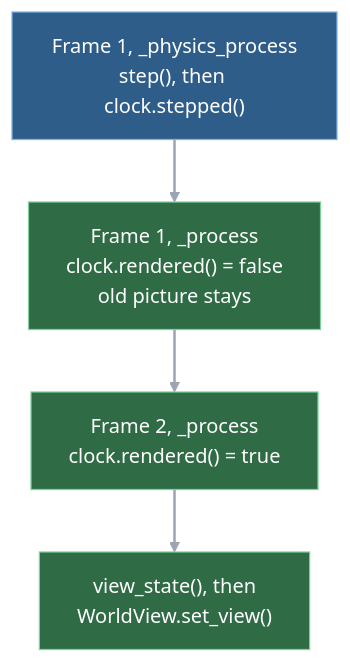
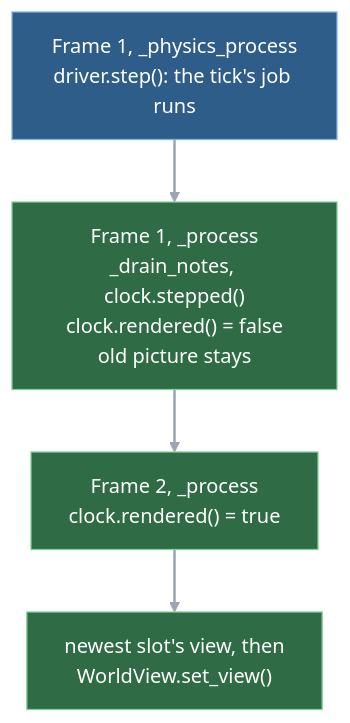
Before and after one commit to blackcindergames/wargrid: the second of 3 diagrams in docs/guide/01-big-picture.md, drawn with Mermaid. The commit also changed other lines of this file and 13 other files, not shown here.

````diff
--- a/docs/guide/01-big-picture.md
+++ b/docs/guide/01-big-picture.md
@@ -58,11 +58,11 @@
 ```mermaid
 flowchart TD
-    tick["Frame 1, _physics_process<br/>step(), then clock.stepped()"] --> wait["Frame 1, _process<br/>clock.rendered() = false<br/>old picture stays"]
+    tick["Frame 1, _physics_process<br/>driver.step(): the tick's job runs"] --> wait["Frame 1, _process<br/>_drain_notes, clock.stepped()<br/>clock.rendered() = false<br/>old picture stays"]
     wait --> go["Frame 2, _process<br/>clock.rendered() = true"]
-    go --> draw["view_state(), then<br/>WorldView.set_view()"]
+    go --> draw["newest slot's view, then<br/>WorldView.set_view()"]
     classDef sim fill:#2f5d8a,stroke:#7fb3e6,color:#ffffff
     classDef pres fill:#2f6b45,stroke:#7fd09a,color:#ffffff
     class tick sim
     class wait,go,draw pres
     linkStyle default stroke:#9aa4b2,stroke-width:2px
 ```
````
